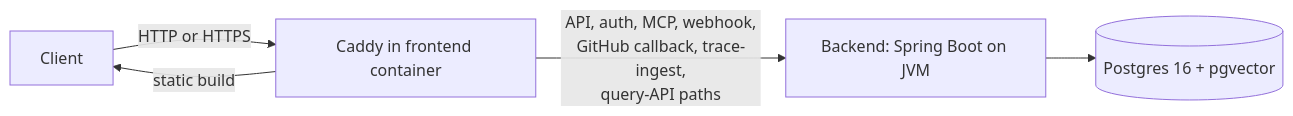
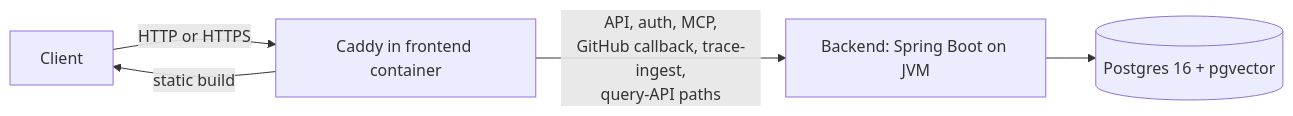
The diagram in docs/self-hosting/deployment.mdx (tessaryai/tessary), drawn with Mermaid before and after one commit. The commit also changed other lines of this file and 898 other files, not shown here.

````diff
--- a/docs/self-hosting/deployment.mdx
+++ b/docs/self-hosting/deployment.mdx
@@ -14,7 +14,7 @@
 ```mermaid
 flowchart LR
     client[Client] -->|HTTP or HTTPS| caddy[Caddy in frontend container]
     caddy -->|static build| client
-    caddy -->|API, auth, MCP, webhook,\nGitHub callback, trace-ingest,\nquery-API paths| backend[Backend: Spring Boot on JVM]
+    caddy -->|API, auth, MCP,\nGitHub callback, trace-ingest,\nquery-API paths| backend[Backend: Spring Boot on JVM]
     backend --> postgres[(Postgres 16 + pgvector)]
 ```
````
